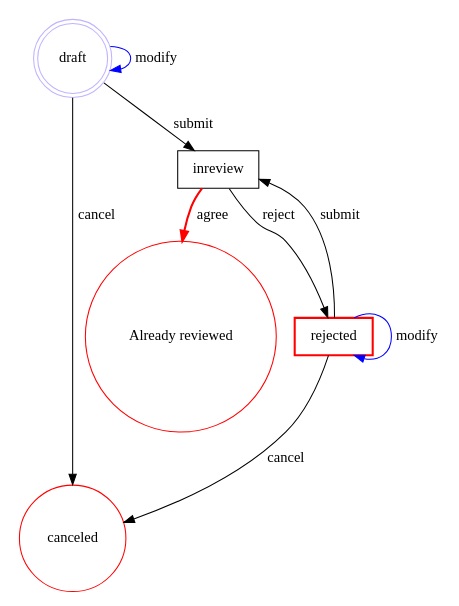
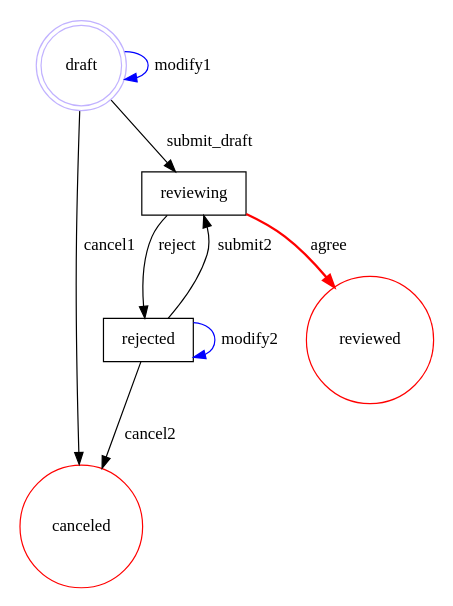
The diagram in README.md (clszzyh/flexflow), drawn with Graphviz before and after one commit. The commit also changed other lines of this file and 2 other files, not shown here.

````diff
--- a/README.md
+++ b/README.md
@@ -94,20 +62,20 @@
 ```dot
 // custom_mark10
 digraph review {
   size ="4,4";
   draft [label="draft",shape=doublecircle,color=".7 .3 1.0"];
-  Already_reviewed [label="Already reviewed",shape=circle,color=red];
+  reviewed [label="reviewed",shape=circle,color=red];
   canceled [label="canceled",shape=circle,color=red];
-  inreview [label="inreview",shape=box];
-  rejected [label="rejected",style=bold,color=red,shape=box];
-  draft -> inreview [label="submit"];
-  draft -> draft [label="modify",color=blue];
-  draft -> canceled [label="cancel"];
-  rejected -> inreview [label="submit"];
-  rejected -> rejected [label="modify",color=blue];
-  rejected -> canceled [label="cancel"];
-  inreview -> rejected [label="reject"];
-  inreview -> Already_reviewed [label="agree",style=bold,color=red];
+  rejected [label="rejected",shape=box];
+  reviewing [label="reviewing",shape=box];
+  draft -> draft [label="modify1",color=blue];
+  draft -> canceled [label="cancel1"];
+  draft -> reviewing [label="submit_draft"];
+  rejected -> rejected [label="modify2",color=blue];
+  rejected -> canceled [label="cancel2"];
+  rejected -> reviewing [label="submit2"];
+  reviewing -> rejected [label="reject"];
+  reviewing -> reviewed [label="agree",style=bold,color=red];
 }
 // custom_mark10
 ```
````
